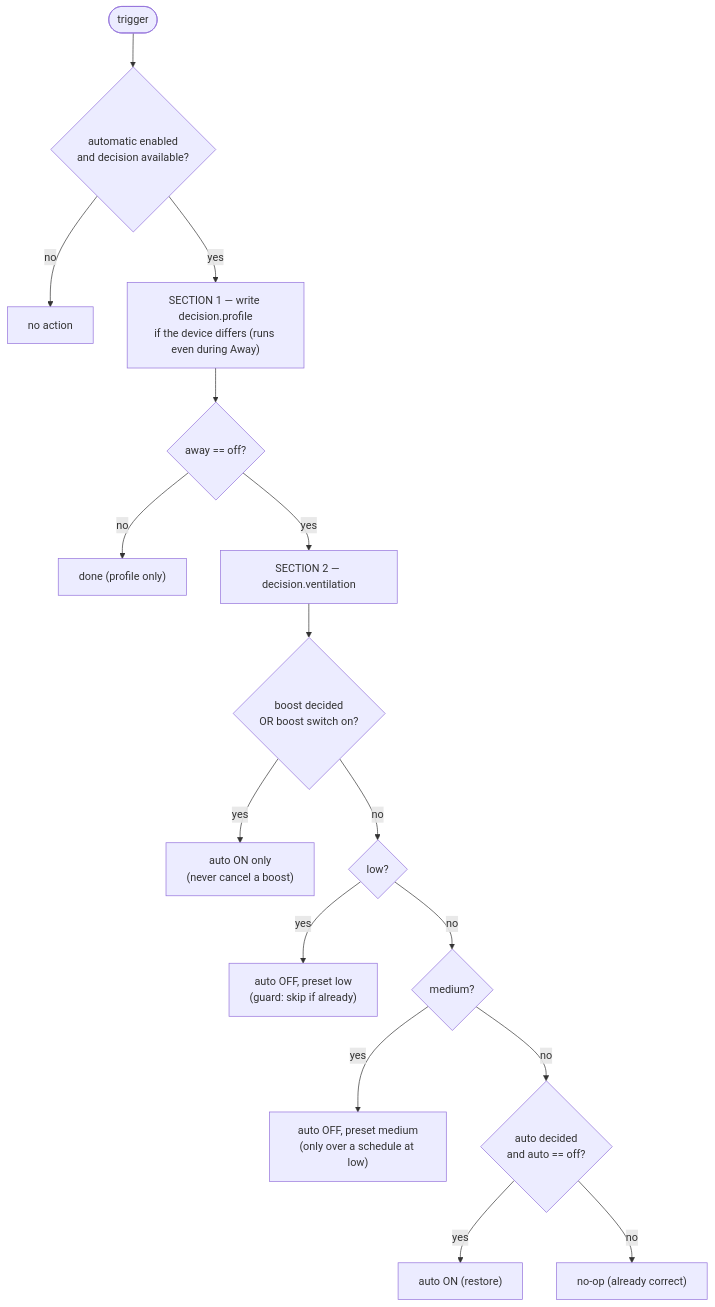
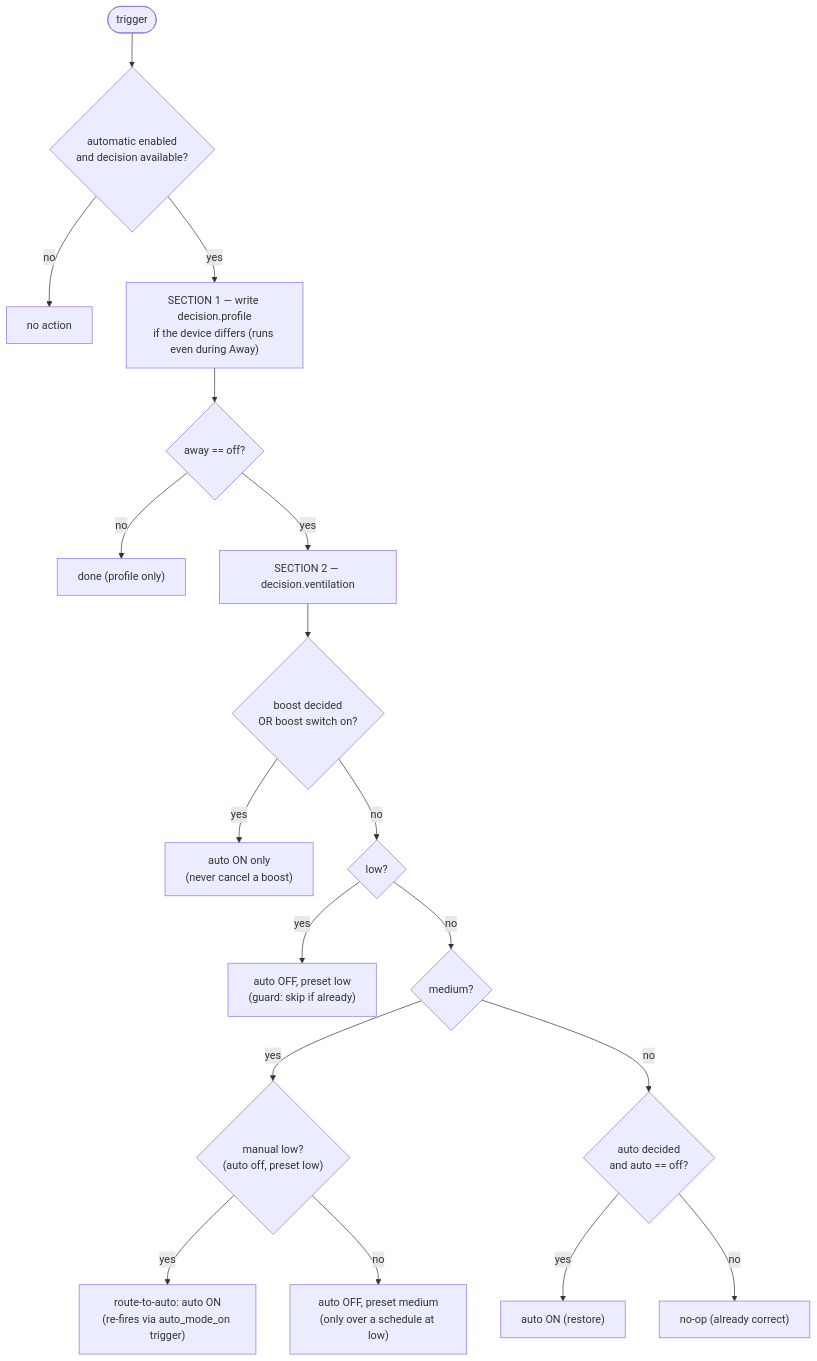
Before and after one commit to mikopp/homeassistent-config: the fourth of 4 diagrams in doc/airflow/design.md, drawn with Mermaid. The commit also changed other lines of this file and 7 other files, not shown here.

````diff
--- a/doc/airflow/design.md
+++ b/doc/airflow/design.md
@@ -379,18 +380,20 @@
 ```mermaid
 flowchart TD
     T(["trigger"]) --> AUTO{"automatic enabled<br/>and decision available?"}
     AUTO -- no --> NOOP["no action"]
     AUTO -- yes --> S1["SECTION 1 — write decision.profile<br/>if the device differs (runs even during Away)"]
     S1 --> AWAY{"away == off?"}
     AWAY -- no --> END["done (profile only)"]
     AWAY -- yes --> S2["SECTION 2 — decision.ventilation"]
     S2 --> BO{"boost decided<br/>OR boost switch on?"}
     BO -- yes --> SB["auto ON only<br/>(never cancel a boost)"]
     BO -- no --> LO{"low?"}
     LO -- yes --> SL["auto OFF, preset low<br/>(guard: skip if already)"]
     LO -- no --> FF{"medium?"}
-    FF -- yes --> SM["auto OFF, preset medium<br/>(only over a schedule at low)"]
+    FF -- yes --> RTA{"manual low?<br/>(auto off, preset low)"}
+    RTA -- yes --> RT["route-to-auto: auto ON<br/>(re-fires via auto_mode_on trigger)"]
+    RTA -- no --> SM["auto OFF, preset medium<br/>(only over a schedule at low)"]
     FF -- no --> RST{"auto decided<br/>and auto == off?"}
     RST -- yes --> RA["auto ON (restore)"]
     RST -- no --> NO2["no-op (already correct)"]
 ```
````
